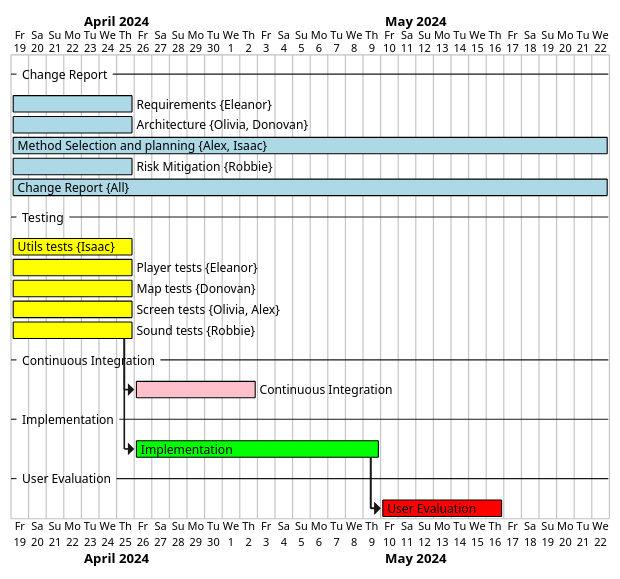
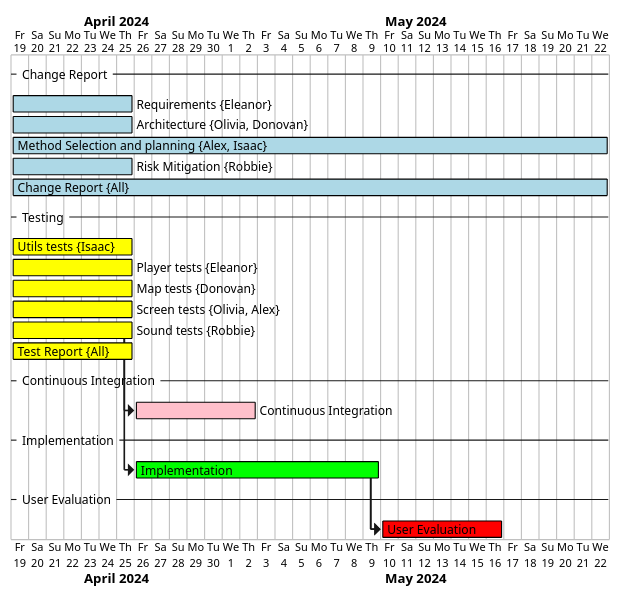
One commit to E-Bickell/ENG1_2 changed the diagram in plantUML diagrams/Week 1.puml. Above: the diagram before and after it, drawn with PlantUML. The commit also changed 4 other files, not shown here.

First line of the commit message:
Updated Gantt charts

```diff
--- a/plantUML diagrams/Week 1.puml
+++ b/plantUML diagrams/Week 1.puml
@@ -1,59 +1,62 @@
 @startgantt
 hide resources footbox
 -- Change Report --
 [Requirements] on {Eleanor} lasts 7 days
 [Architecture] on {Olivia, Donovan} lasts 7 days
 [Method Selection and planning] on {Alex, Isaac} lasts 34 days
 [Risk Mitigation] on {Robbie} lasts 7 days
 [Change Report] on {All} lasts 34 days
 -- Testing --
 [Utils tests] on {Isaac} lasts 7 days
 [Player tests] on {Eleanor} lasts 7 days
 [Map tests] on {Donovan} lasts 7 days
 [Screen tests] on {Olivia, Alex} lasts 7 days
 [Sound tests] on {Robbie} lasts 7 days
+[Test Report] on {All} lasts 7 days
 -- Continuous Integration --
 [Continuous Integration] lasts 7 days
 -- Implementation --
 [Implementation] lasts 14 days
 -- User Evaluation --
 then [User Evaluation] lasts 7 days
 
 [Requirements] is colored in LightBlue/Black
 [Architecture] is colored in LightBlue/Black
 [Method Selection and planning] is colored in LightBlue/Black
 [Risk Mitigation] is colored in LightBlue/Black
 [Change Report] is colored in LightBlue/Black
 
 [Utils tests] is colored in Yellow/Black
 [Player tests] is colored in Yellow/Black
 [Map tests] is colored in Yellow/Black
 [Screen tests] is colored in Yellow/Black
 [Sound tests] is colored in Yellow/Black
+[Test Report] is colored in Yellow/Black
 
 [Continuous Integration] is colored in Pink/Black
 
 [Implementation] is colored in Lime/Black
 
 [User Evaluation] is coloured in Red/Black
 
 Project starts 2024-04-19
 
 [Requirements] starts 2024-04-19
 [Architecture] starts 2024-04-19
 [Method Selection and planning] starts 2024-04-19
 [Risk Mitigation] starts 2024-04-19
 [Change Report] starts 2024-04-19
 
 [Utils tests] starts 2024-04-19
 [Player tests] starts 2024-04-19
 [Map tests] starts 2024-04-19
 [Screen tests] starts 2024-04-19
 [Sound tests] starts 2024-04-19
+[Test Report] starts 2024-04-19
 
 [Continuous Integration] starts at [Sound tests]'s end
 
 [Implementation] starts at [Sound tests]'s end
 
 [User Evaluation] starts at [Implementation]'s end
 @endgantt
```
